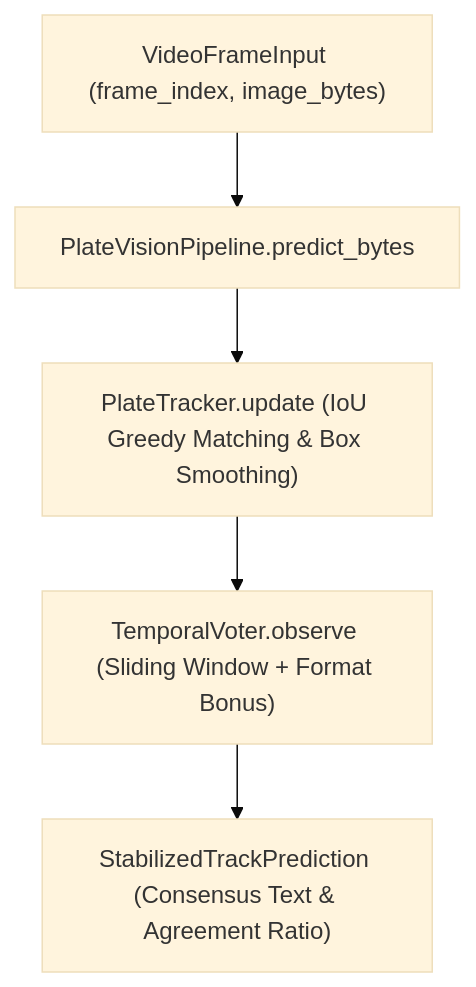
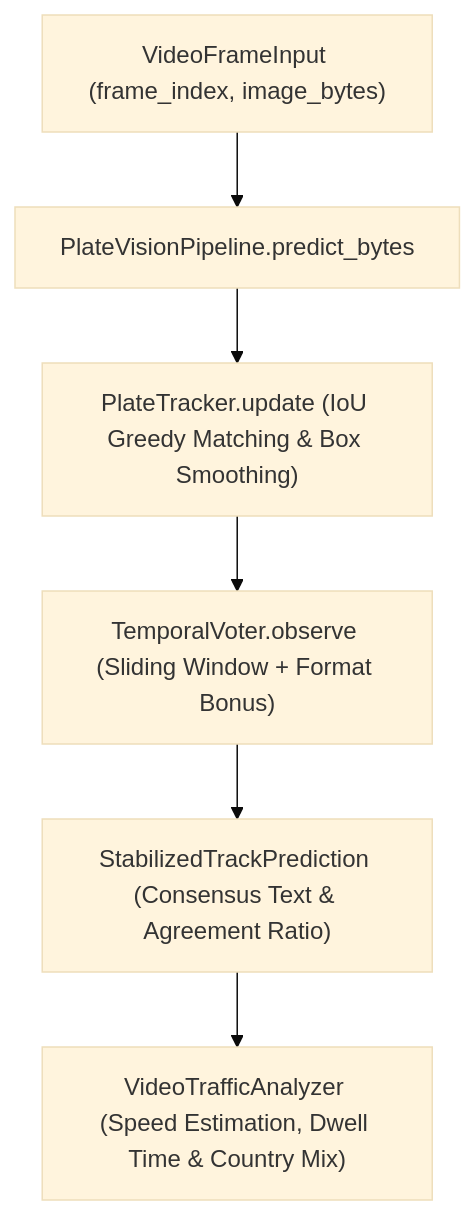
One commit to Bor-Code/Plate-Vision changed the second of 3 diagrams in docs/architecture.md. Above: the diagram before and after it, drawn with Mermaid (base theme). The commit also changed other lines of this file and 3 other files, not shown here.

Commit message:
docs: update architecture, serving endpoints, CLI workflows, and multi-country coverage

````diff
--- a/docs/architecture.md
+++ b/docs/architecture.md
@@ -23,7 +23,8 @@
 ```mermaid
 flowchart TD
     F["VideoFrameInput (frame_index, image_bytes)"] --> P["PlateVisionPipeline.predict_bytes"]
     P --> T["PlateTracker.update (IoU Greedy Matching & Box Smoothing)"]
     T --> V["TemporalVoter.observe (Sliding Window + Format Bonus)"]
     V --> S["StabilizedTrackPrediction (Consensus Text & Agreement Ratio)"]
+    S --> A["VideoTrafficAnalyzer (Speed Estimation, Dwell Time & Country Mix)"]
 ```
````
